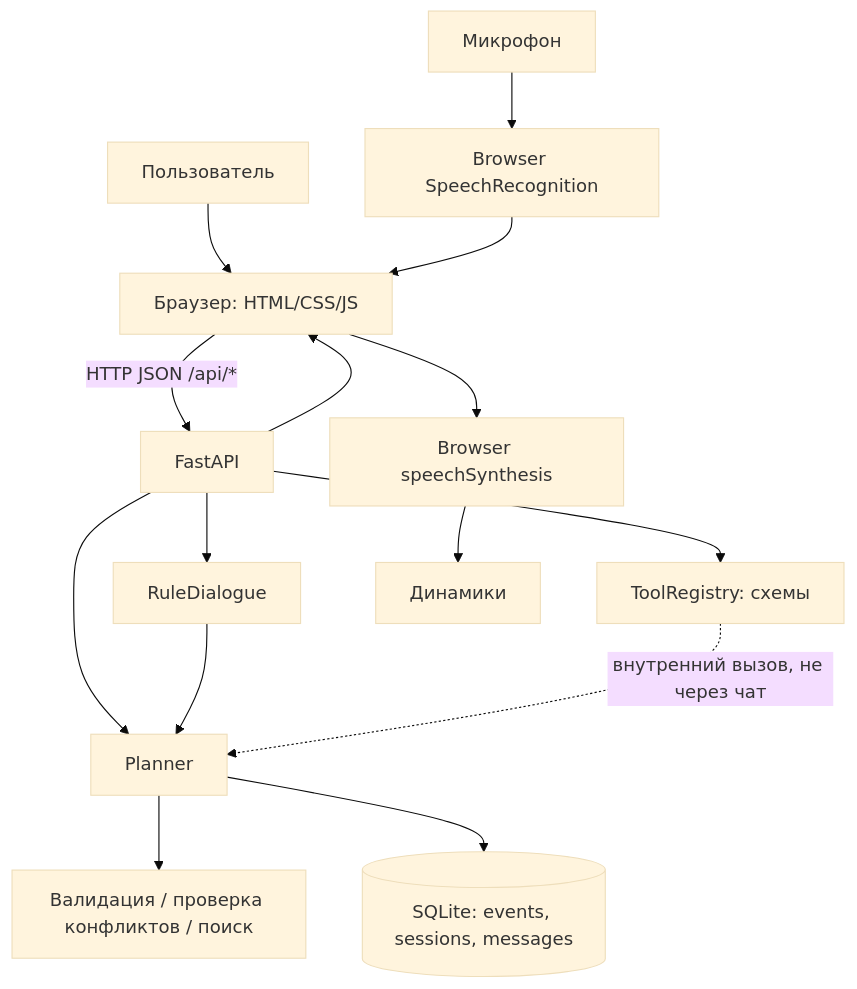
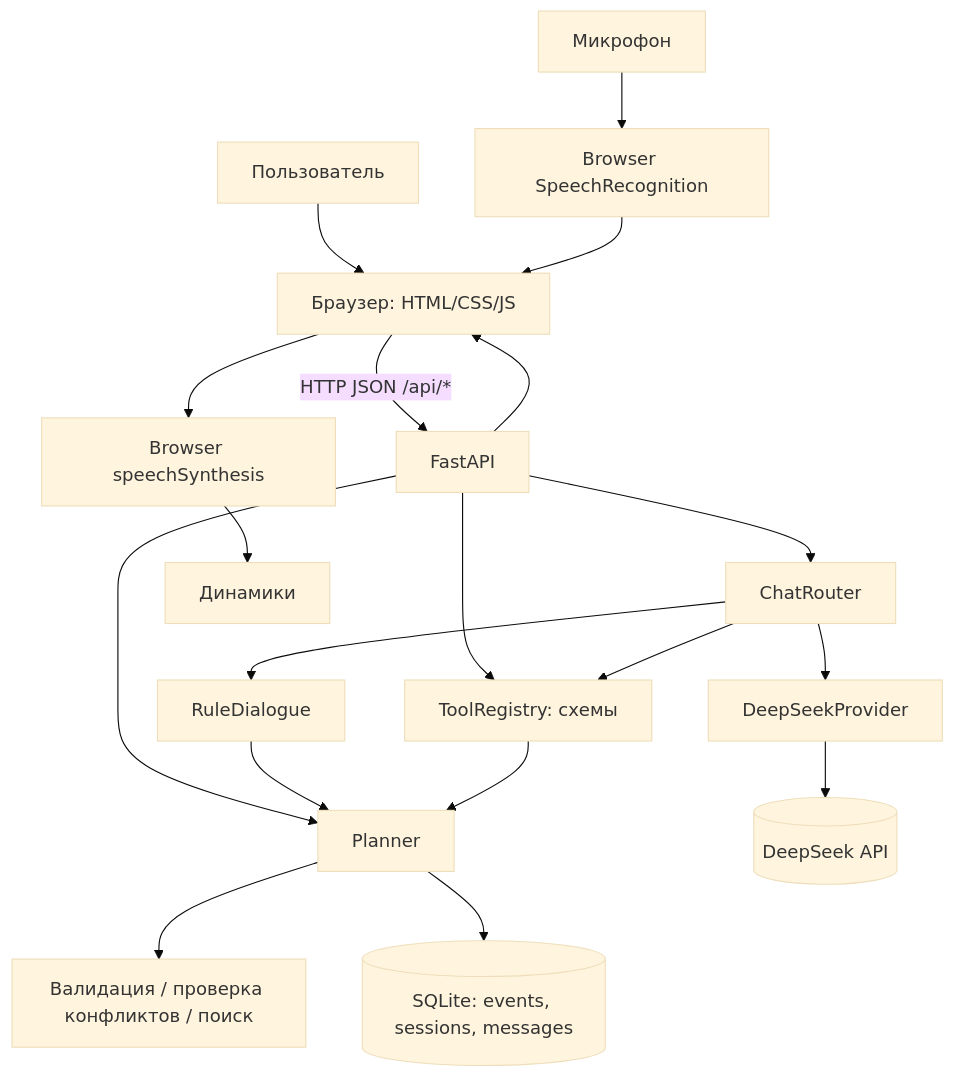
One commit to Sprechstallmeister-of-freaks/GorkyCode2026 changed the diagram in TECHNICAL_DOCUMENTATION.md. Above: the diagram before and after it, drawn with Mermaid (base theme). The commit also changed other lines of this file and 17 other files, not shown here.

Commit message:
Add DeepSeek tool-calling adapter

````diff
--- a/TECHNICAL_DOCUMENTATION.md
+++ b/TECHNICAL_DOCUMENTATION.md
@@ -71,17 +72,21 @@
 ```mermaid
 flowchart TD
     U[Пользователь] --> B[Браузер: HTML/CSS/JS]
     MIC[Микрофон] --> STT[Browser SpeechRecognition]
     STT --> B
     B -->|HTTP JSON /api/*| API[FastAPI]
-    API --> D[RuleDialogue]
+    API --> R[ChatRouter]
     API --> P[Planner]
     API --> T[ToolRegistry: схемы]
+    R --> D[RuleDialogue]
+    R --> L[DeepSeekProvider]
+    L --> DS[(DeepSeek API)]
+    R --> T
     D --> P
-    T -. внутренний вызов, не через чат .-> P
+    T --> P
     P --> VAL[Валидация / проверка конфликтов / поиск]
     P --> DB[(SQLite: events, sessions, messages)]
     API --> B
     B --> TTS[Browser speechSynthesis]
     TTS --> SPK[Динамики]
 ```
````
